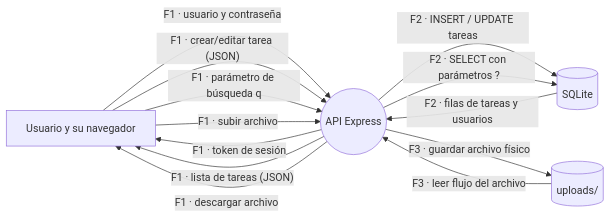
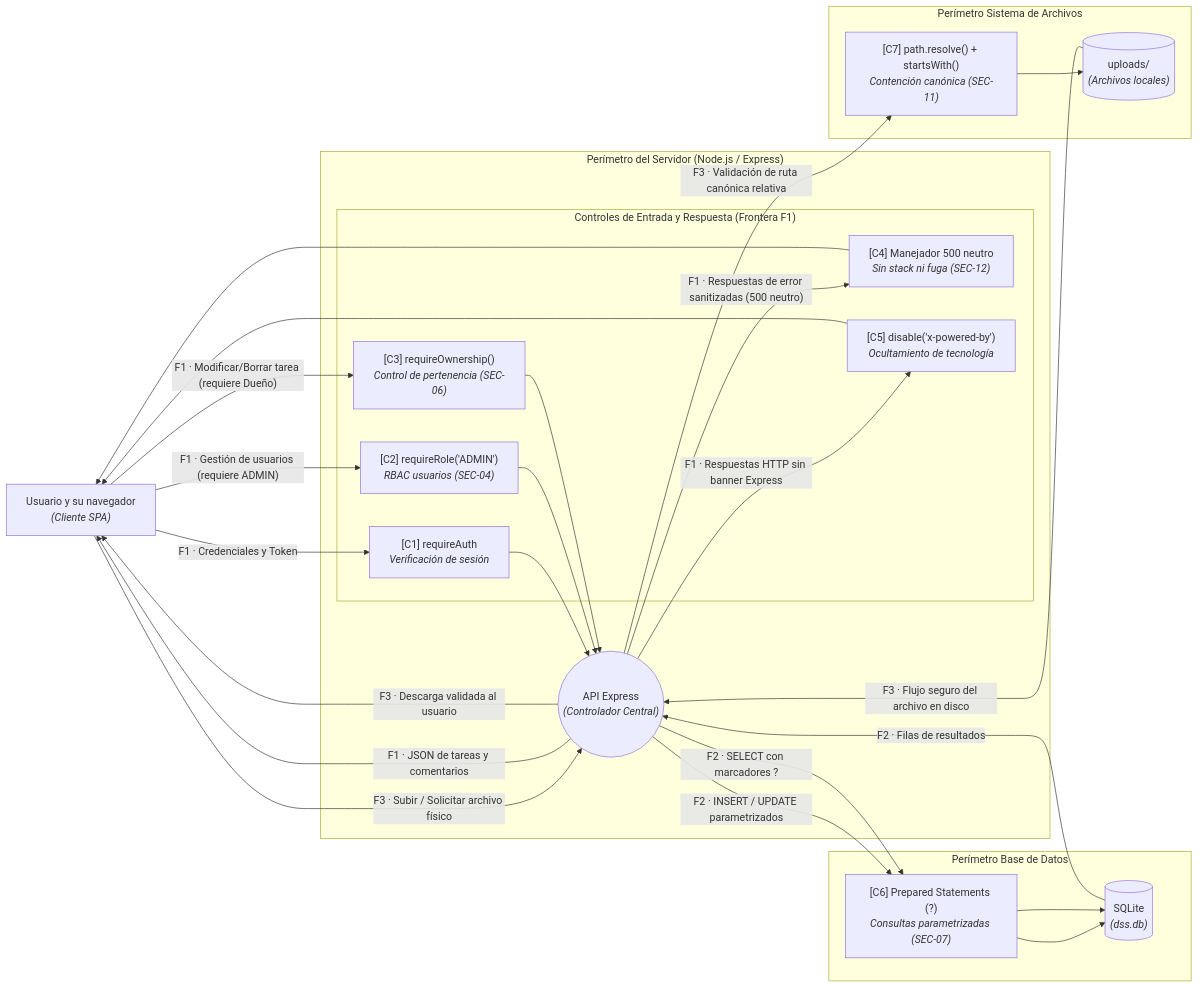
One commit to Pedrodiaxx/CodigoSeguro changed the diagram in DFD.md. Above: the diagram before and after it, drawn with Mermaid. The commit also changed other lines of this file and 2 other files, not shown here.

Commit message:
docs: unificar backlog en tabla unica, agregar controles al DFD y autor en prueba SEC-12"

````diff
--- a/DFD.md
+++ b/DFD.md
@@ -3,25 +9,46 @@
 ```mermaid
 flowchart LR
-  U[Usuario y su navegador]
-  API((API Express))
-  DB[(SQLite)]
-  UP[(uploads/)]
+  %% Entidades y Procesos
+  U["Usuario y su navegador<br/><i>(Cliente SPA)</i>"]
+  
+  subgraph PERIMETRO_API ["Perímetro del Servidor (Node.js / Express)"]
+    API(("API Express<br/><i>(Controlador Central)</i>"))
+    
+    subgraph CONTROLES_F1 ["Controles de Entrada y Respuesta (Frontera F1)"]
+      C1["[C1] requireAuth<br/><i>Verificación de sesión</i>"]
+      C2["[C2] requireRole('ADMIN')<br/><i>RBAC usuarios (SEC-04)</i>"]
+      C3["[C3] requireOwnership()<br/><i>Control de pertenencia (SEC-06)</i>"]
+      C4["[C4] Manejador 500 neutro<br/><i>Sin stack ni fuga (SEC-12)</i>"]
+      C5["[C5] disable('x-powered-by')<br/><i>Ocultamiento de tecnología</i>"]
+    end
+  end
 
-  %% F1: Frontera Navegador <-> API
-  U -- "F1 · usuario y contraseña" --> API
-  API -- "F1 · token de sesión" --> U
-  U -- "F1 · crear/editar tarea (JSON)" --> API
-  U -- "F1 · parámetro de búsqueda q" --> API
-  API -- "F1 · lista de tareas (JSON)" --> U
-  U -- "F1 · subir archivo" --> API
-  API -- "F1 · descargar archivo" --> U
+  subgraph PERIMETRO_BD ["Perímetro Base de Datos"]
+    DB[("SQLite<br/><i>(dss.db)</i>")]
+    C6["[C6] Prepared Statements (?)<br/><i>Consultas parametrizadas (SEC-07)</i>"]
+  end
 
-  %% F2: Frontera API <-> SQLite
-  API -- "F2 · INSERT / UPDATE tareas" --> DB
-  API -- "F2 · SELECT con parámetros ?" --> DB
-  DB -- "F2 · filas de tareas y usuarios" --> API
+  subgraph PERIMETRO_FS ["Perímetro Sistema de Archivos"]
+    UP[("uploads/<br/><i>(Archivos locales)</i>")]
+    C7["[C7] path.resolve() + startsWith()<br/><i>Contención canónica (SEC-11)</i>"]
+  end
 
-  %% F3: Frontera API <-> uploads/
-  API -- "F3 · guardar archivo físico" --> UP
-  UP -- "F3 · leer flujo del archivo" --> API
+  %% Flujos Frontera F1: Navegador <-> API Express
+  U -- "F1 · Credenciales y Token" --> C1 --> API
+  U -- "F1 · Gestión de usuarios (requiere ADMIN)" --> C2 --> API
+  U -- "F1 · Modificar/Borrar tarea (requiere Dueño)" --> C3 --> API
+  API -- "F1 · Respuestas de error sanitizadas (500 neutro)" --> C4 --> U
+  API -- "F1 · Respuestas HTTP sin banner Express" --> C5 --> U
+  API -- "F1 · JSON de tareas y comentarios" --> U
+
+  %% Flujos Frontera F2: API Express <-> SQLite
+  API -- "F2 · INSERT / UPDATE parametrizados" --> C6 --> DB
+  API -- "F2 · SELECT con marcadores ?" --> C6 --> DB
+  DB -- "F2 · Filas de resultados" --> API
+
+  %% Flujos Frontera F3: API Express <-> uploads/
+  U -- "F3 · Subir / Solicitar archivo físico" --> API
+  API -- "F3 · Validación de ruta canónica relativa" --> C7 --> UP
+  UP -- "F3 · Flujo seguro del archivo en disco" --> API
+  API -- "F3 · Descarga validada al usuario" --> U
 ```
````
